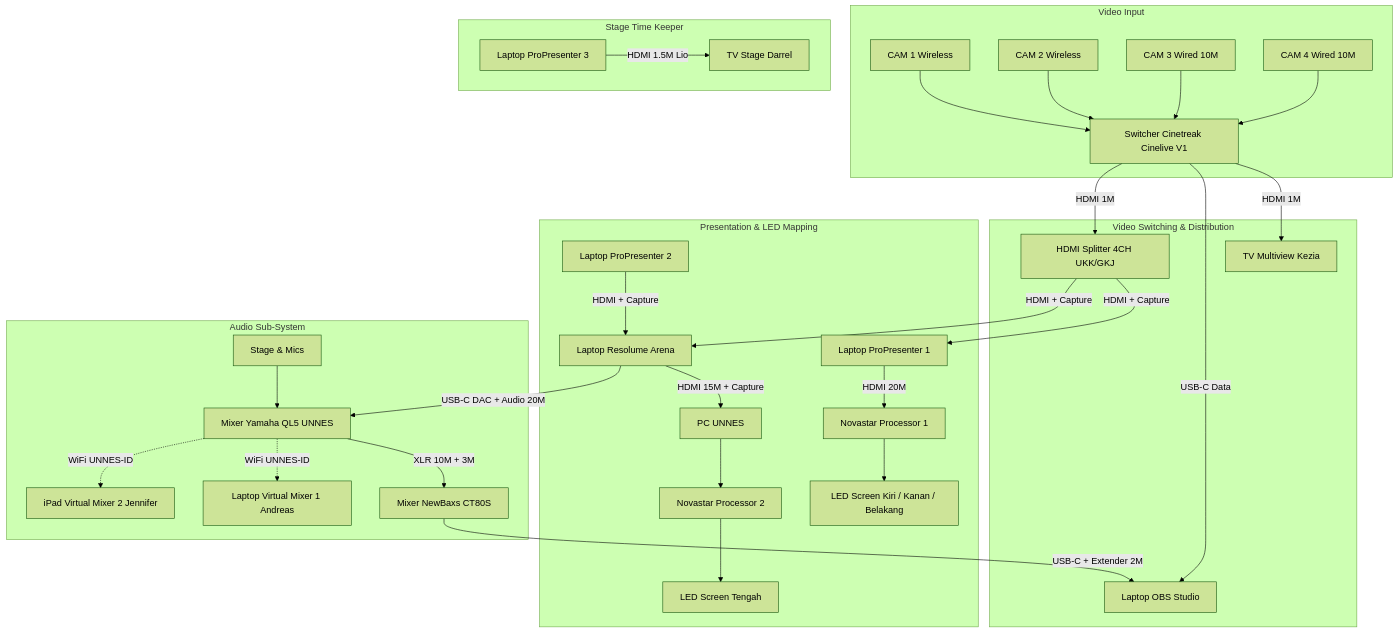
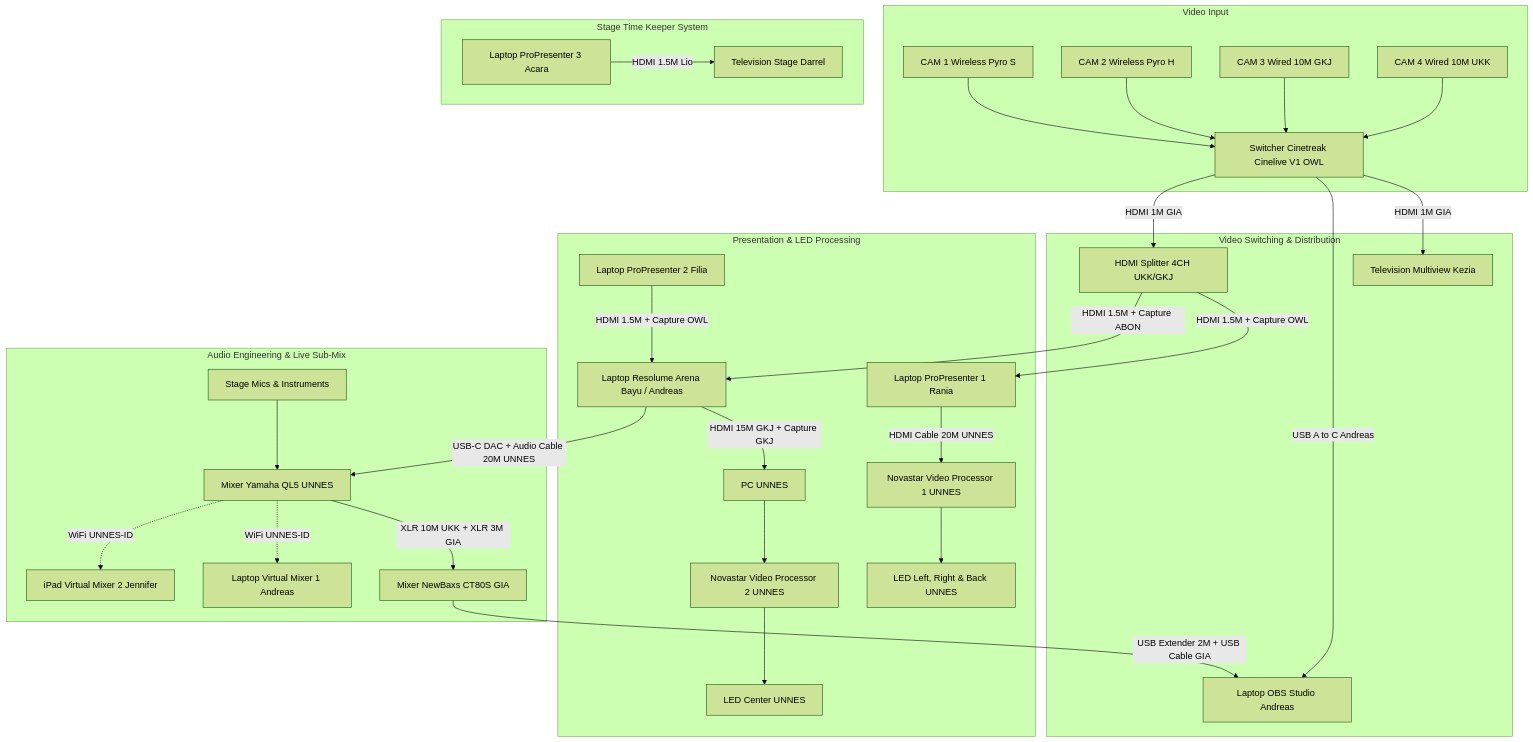
One commit to zzdree/ip26-production changed the second of 2 diagrams in README.md. Above: the diagram before and after it, drawn with Mermaid (forest theme). The commit also changed other lines of this file, not shown here.

````diff
--- a/README.md
+++ b/README.md
@@ -108,37 +109,37 @@
 ```mermaid
 flowchart TD
     subgraph Video Input
-        C1[CAM 1 Wireless] --> SW[Switcher Cinetreak Cinelive V1]
-        C2[CAM 2 Wireless] --> SW
-        C3[CAM 3 Wired 10M] --> SW
-        C4[CAM 4 Wired 10M] --> SW
+        C1[CAM 1 Wireless Pyro S] --> SW[Switcher Cinetreak Cinelive V1 OWL]
+        C2[CAM 2 Wireless Pyro H] --> SW
+        C3[CAM 3 Wired 10M GKJ] --> SW
+        C4[CAM 4 Wired 10M UKK] --> SW
     end
 
     subgraph Video Switching & Distribution
-        SW -->|HDMI 1M| TV_MV[TV Multiview Kezia]
-        SW -->|USB-C Data| OBS[Laptop OBS Studio]
-        SW -->|HDMI 1M| SPL[HDMI Splitter 4CH UKK/GKJ]
+        SW -->|HDMI 1M GIA| TV_MV[Television Multiview Kezia]
+        SW -->|USB A to C Andreas| OBS[Laptop OBS Studio Andreas]
+        SW -->|HDMI 1M GIA| SPL[HDMI Splitter 4CH UKK/GKJ]
     end
 
-    subgraph Presentation & LED Mapping
-        SPL -->|HDMI + Capture| P1[Laptop ProPresenter 1]
-        SPL -->|HDMI + Capture| RES[Laptop Resolume Arena]
-        P2[Laptop ProPresenter 2] -->|HDMI + Capture| RES
+    subgraph Presentation & LED Processing
+        SPL -->|HDMI 1.5M + Capture OWL| P1[Laptop ProPresenter 1 Rania]
+        SPL -->|HDMI 1.5M + Capture ABON| RES[Laptop Resolume Arena Bayu / Andreas]
+        P2[Laptop ProPresenter 2 Filia] -->|HDMI 1.5M + Capture OWL| RES
         
-        P1 -->|HDMI 20M| NOVA1[Novastar Processor 1] --> LED_LR[LED Screen Kiri / Kanan / Belakang]
-        RES -->|HDMI 15M + Capture| PC_UNNES[PC UNNES] --> NOVA2[Novastar Processor 2] --> LED_CTR[LED Screen Tengah]
+        P1 -->|HDMI Cable 20M UNNES| NOVA1[Novastar Video Processor 1 UNNES] --> LED_LR[LED Left, Right & Back UNNES]
+        RES -->|HDMI 15M GKJ + Capture GKJ| PC_UNNES[PC UNNES] --> NOVA2[Novastar Video Processor 2 UNNES] --> LED_CTR[LED Center UNNES]
     end
 
-    subgraph Audio Sub-System
-        MIC[Stage & Mics] --> QL5[Mixer Yamaha QL5 UNNES]
-        RES -->|USB-C DAC + Audio 20M| QL5
-        QL5 -->|XLR 10M + 3M| CT80S[Mixer NewBaxs CT80S]
-        CT80S -->|USB-C + Extender 2M| OBS
+    subgraph Audio Engineering & Live Sub-Mix
+        STAGE[Stage Mics & Instruments] --> QL5[Mixer Yamaha QL5 UNNES]
+        RES -->|USB-C DAC + Audio Cable 20M UNNES| QL5
+        QL5 -->|XLR 10M UKK + XLR 3M GIA| CT80S[Mixer NewBaxs CT80S GIA]
+        CT80S -->|USB Extender 2M + USB Cable GIA| OBS
         QL5 -.->|WiFi UNNES-ID| VM1[Laptop Virtual Mixer 1 Andreas]
         QL5 -.->|WiFi UNNES-ID| VM2[iPad Virtual Mixer 2 Jennifer]
     end
 
-    subgraph Stage Time Keeper
-        P3[Laptop ProPresenter 3] -->|HDMI 1.5M Lio| TV_TK[TV Stage Darrel]
+    subgraph Stage Time Keeper System
+        P3[Laptop ProPresenter 3 Acara] -->|HDMI 1.5M Lio| TV_TK[Television Stage Darrel]
     end
 ```
````
